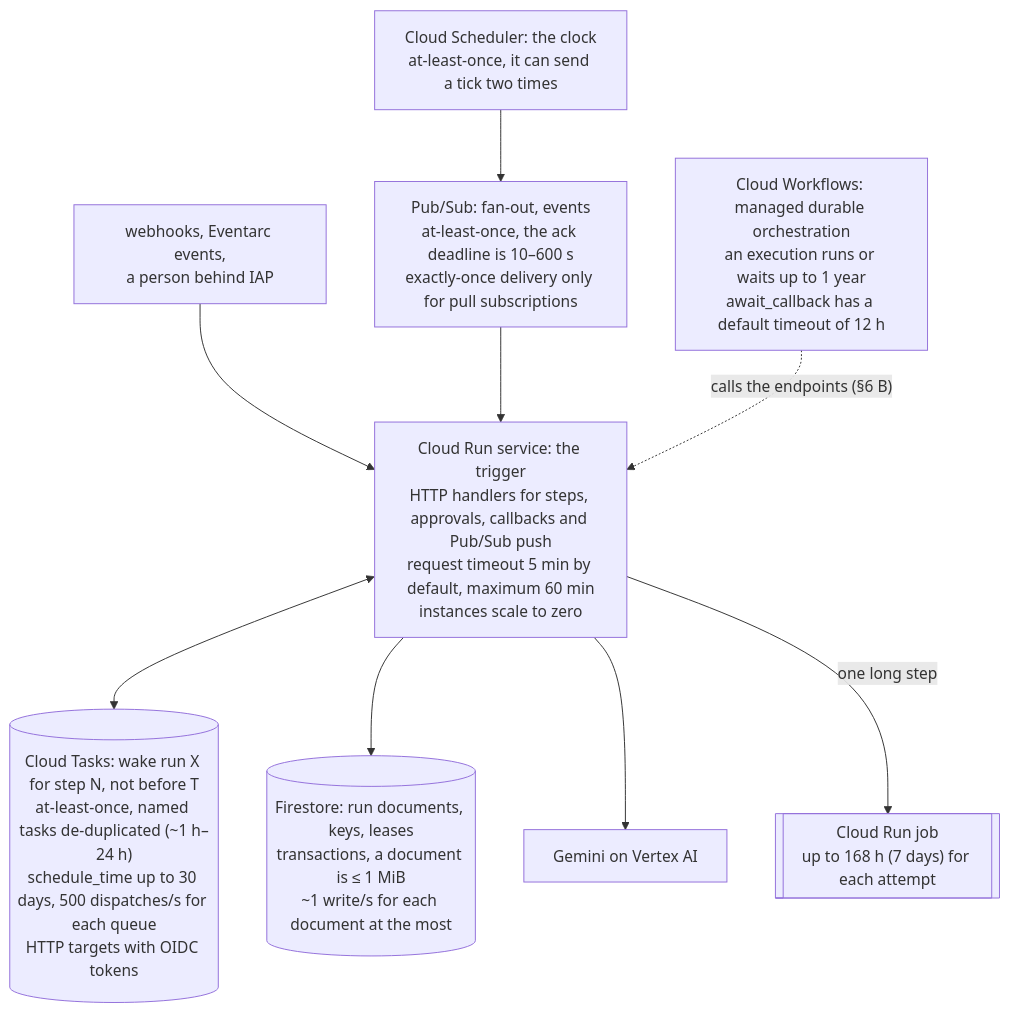
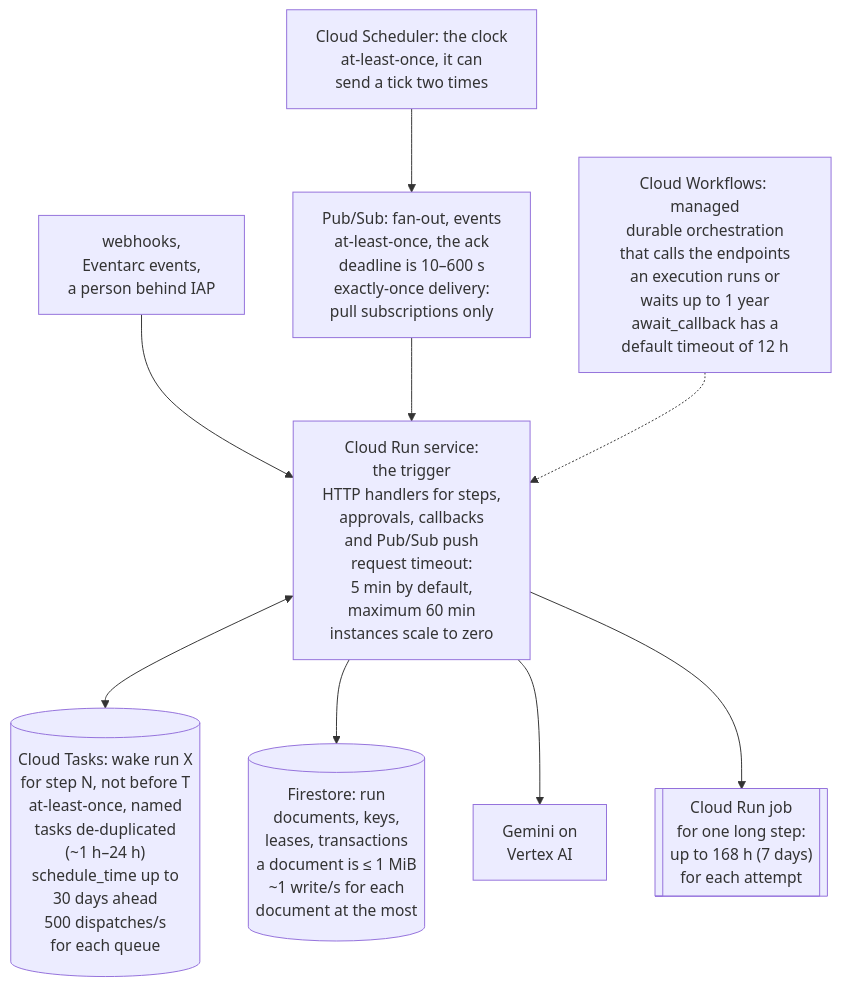
The fourth of 4 diagrams in 07-application-agent-framework/long-running-durable/PRIMER.md (aniryou/full-stack-agentic-engineer), drawn with Mermaid before and after one commit. The commit also changed other lines of this file and 29 other files, not shown here.

````diff
--- a/07-application-agent-framework/long-running-durable/PRIMER.md
+++ b/07-application-agent-framework/long-running-durable/PRIMER.md
@@ -264,11 +264,11 @@
 ```mermaid
 flowchart TB
-  SCH["Cloud Scheduler: the clock<br/>at-least-once, it can send a tick two times"] --> PS["Pub/Sub: fan-out, events<br/>at-least-once, the ack deadline is 10–600 s<br/>exactly-once delivery only for pull subscriptions"]
-  EXT["webhooks, Eventarc events,<br/>a person behind IAP"] --> CR
-  PS --> CR["Cloud Run service: the trigger<br/>HTTP handlers for steps, approvals, callbacks and Pub/Sub push<br/>request timeout 5 min by default, maximum 60 min<br/>instances scale to zero"]
-  CR <--> CT[("Cloud Tasks: wake run X for step N, not before T<br/>at-least-once, named tasks de-duplicated (~1 h–24 h)<br/>schedule_time up to 30 days, 500 dispatches/s for each queue<br/>HTTP targets with OIDC tokens")]
-  CR --> FS[("Firestore: run documents, keys, leases<br/>transactions, a document is ≤ 1 MiB<br/>~1 write/s for each document at the most")]
-  CR --> GM["Gemini on Vertex AI"]
-  CR -->|"one long step"| JOB[["Cloud Run job<br/>up to 168 h (7 days) for each attempt"]]
-  WF["Cloud Workflows: managed durable orchestration<br/>an execution runs or waits up to 1 year<br/>await_callback has a default timeout of 12 h"] -.->|"calls the endpoints (§6 B)"| CR
+  SCH["Cloud Scheduler: the clock<br/>at-least-once, it can<br/>send a tick two times"] --> PS["Pub/Sub: fan-out, events<br/>at-least-once, the ack<br/>deadline is 10–600 s<br/>exactly-once delivery:<br/>pull subscriptions only"]
+  EXT["webhooks,<br/>Eventarc events,<br/>a person behind IAP"] --> CR
+  PS --> CR["Cloud Run service:<br/>the trigger<br/>HTTP handlers for steps,<br/>approvals, callbacks<br/>and Pub/Sub push<br/>request timeout:<br/>5 min by default,<br/>maximum 60 min<br/>instances scale to zero"]
+  CR <--> CT[("Cloud Tasks: wake run X<br/>for step N, not before T<br/>at-least-once, named<br/>tasks de-duplicated<br/>(~1 h–24 h)<br/>schedule_time up to<br/>30 days ahead<br/>500 dispatches/s<br/>for each queue")]
+  CR --> FS[("Firestore: run<br/>documents, keys,<br/>leases, transactions<br/>a document is ≤ 1 MiB<br/>~1 write/s for each<br/>document at the most")]
+  CR --> GM["Gemini on<br/>Vertex AI"]
+  CR --> JOB[["Cloud Run job<br/>for one long step:<br/>up to 168 h (7 days)<br/>for each attempt"]]
+  WF["Cloud Workflows: managed<br/>durable orchestration<br/>that calls the endpoints<br/>an execution runs or<br/>waits up to 1 year<br/>await_callback has a<br/>default timeout of 12 h"] -.-> CR
 ```
````
